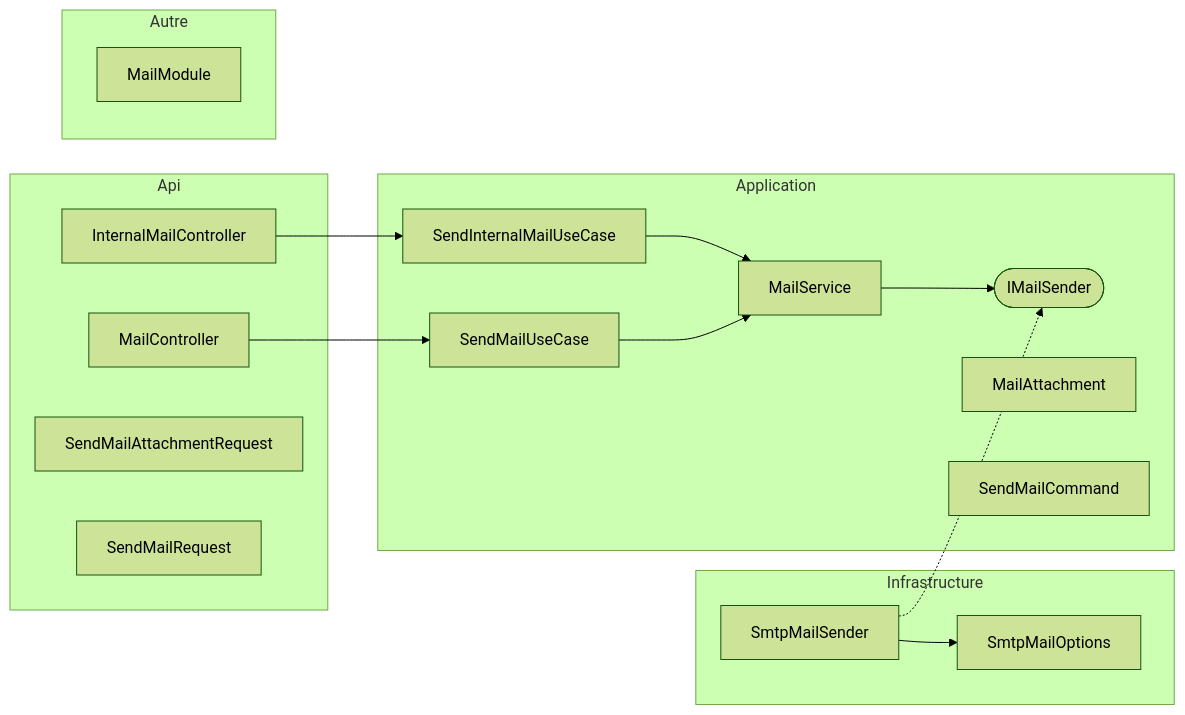
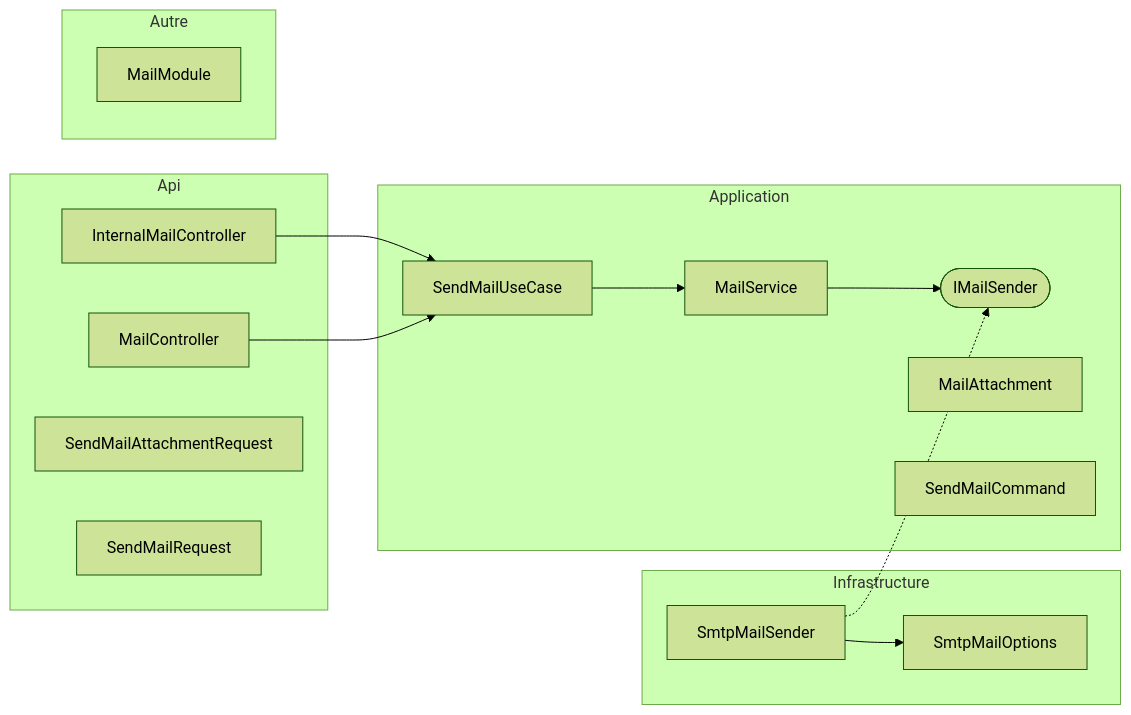
The diagram in api/docs/diagrams/Core/Mail/mail.md (huiitre/Tools-app), drawn with Mermaid (forest theme) before and after one commit. The commit also changed 58 other files, not shown here.

````diff
--- a/api/docs/diagrams/Core/Mail/mail.md
+++ b/api/docs/diagrams/Core/Mail/mail.md
@@ -5,31 +5,29 @@
 ```mermaid
 flowchart LR
   subgraph Api
   InternalMailController["InternalMailController"]
   MailController["MailController"]
   SendMailAttachmentRequest["SendMailAttachmentRequest"]
   SendMailRequest["SendMailRequest"]
   end
   subgraph Application
   IMailSender(["IMailSender"])
   MailAttachment["MailAttachment"]
   MailService["MailService"]
-  SendInternalMailUseCase["SendInternalMailUseCase"]
   SendMailCommand["SendMailCommand"]
   SendMailUseCase["SendMailUseCase"]
   end
   subgraph Infrastructure
   SmtpMailOptions["SmtpMailOptions"]
   SmtpMailSender["SmtpMailSender"]
   end
   subgraph Autre
   MailModule["MailModule"]
   end
-  InternalMailController --> SendInternalMailUseCase
+  InternalMailController --> SendMailUseCase
   MailController --> SendMailUseCase
   MailService --> IMailSender
-  SendInternalMailUseCase --> MailService
   SendMailUseCase --> MailService
   SmtpMailSender --> SmtpMailOptions
   SmtpMailSender -.-> IMailSender
 ```
````
